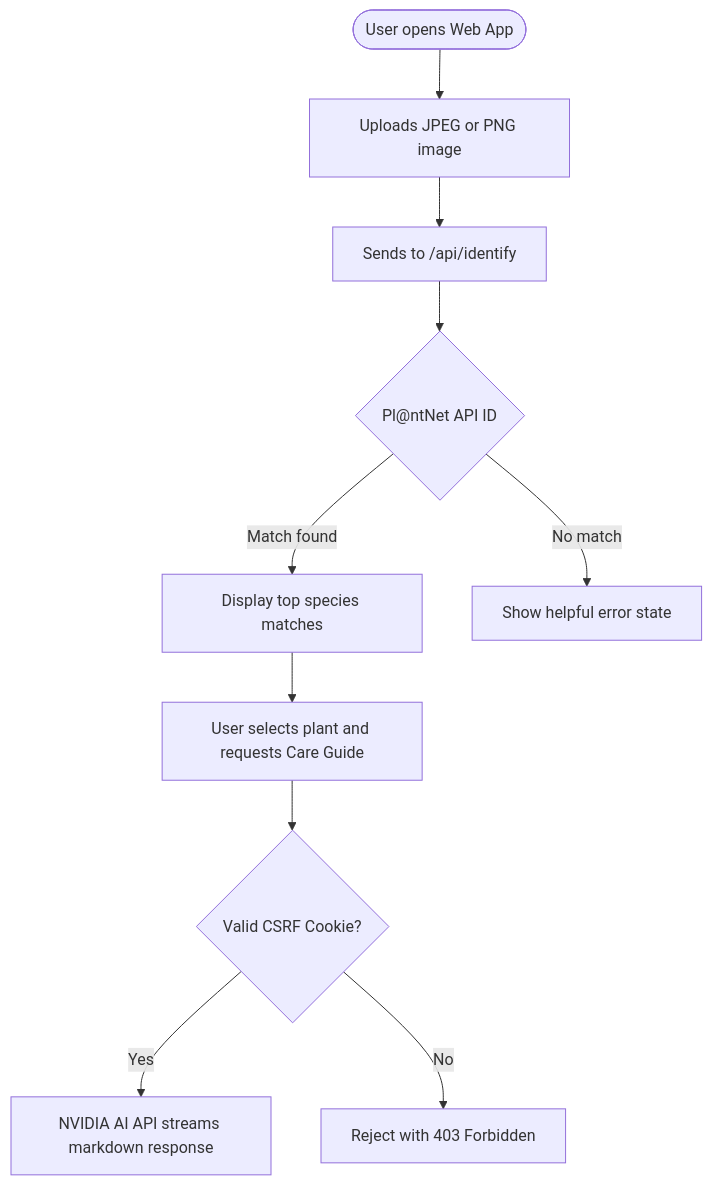
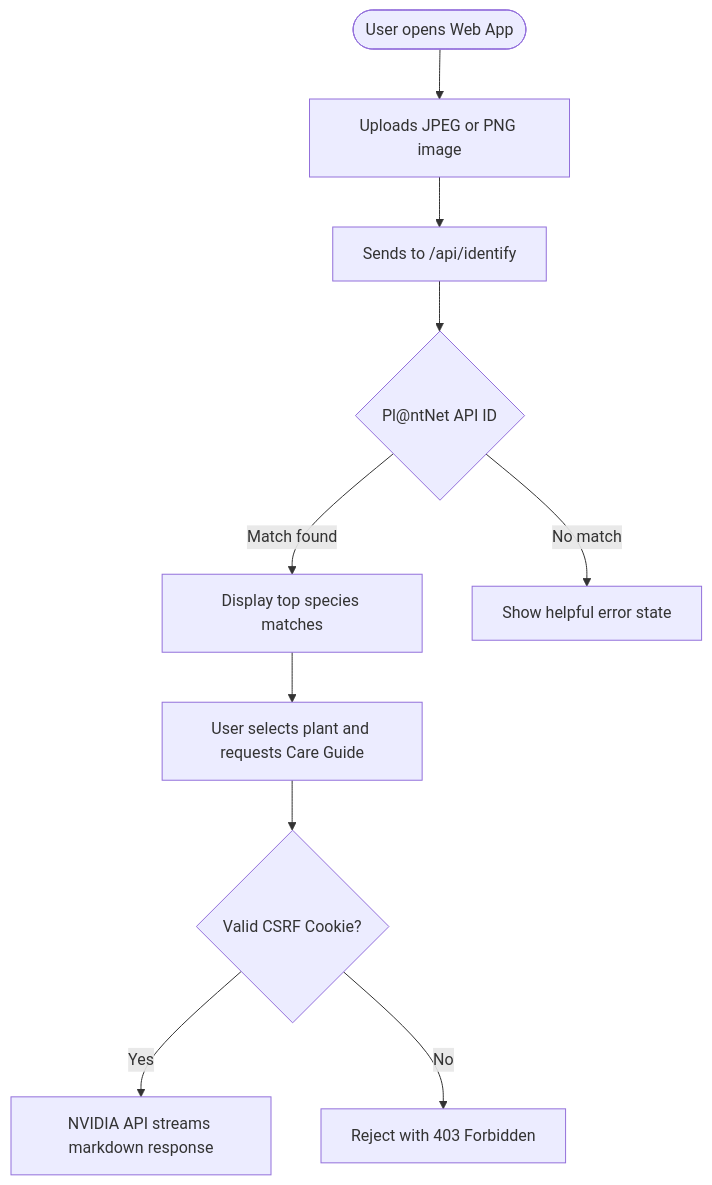
One commit to Konseptt/plant-id-care-guide changed the first of 2 diagrams in README.md. Above: the diagram before and after it, drawn with Mermaid. The commit also changed other lines of this file, not shown here.

````diff
--- a/README.md
+++ b/README.md
@@ -22,12 +22,12 @@
 ```mermaid
 graph TD
     Start([User opens Web App]) --> Upload[Uploads JPEG or PNG image]
     Upload --> IDRequest[Sends to /api/identify]
     IDRequest --> PlantNet{"Pl@ntNet API ID"}
     PlantNet -->|Match found| Results[Display top species matches]
     PlantNet -->|No match| Error[Show helpful error state]
     Results --> Select[User selects plant and requests Care Guide]
     Select --> CSRF{Valid CSRF Cookie?}
-    CSRF -->|Yes| Stream[NVIDIA AI API streams markdown response]
+    CSRF -->|Yes| Stream[NVIDIA API streams markdown response]
     CSRF -->|No| Reject[Reject with 403 Forbidden]
 ```
````
